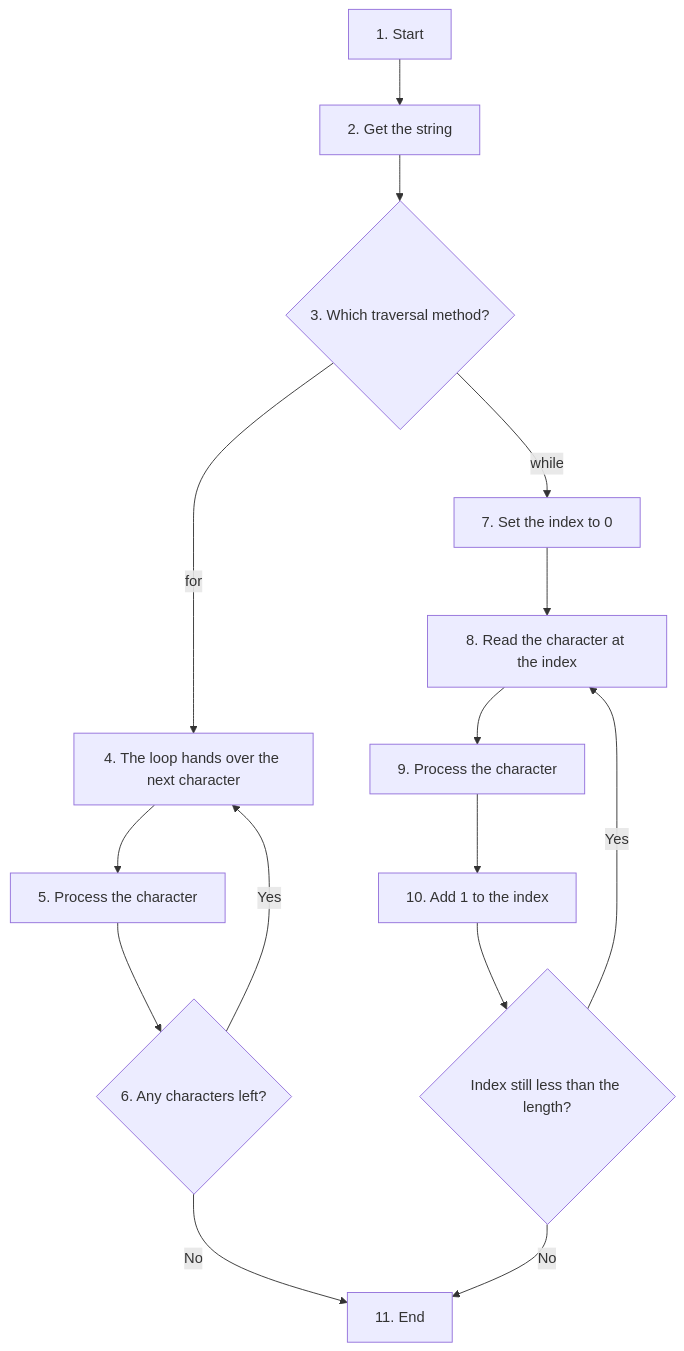
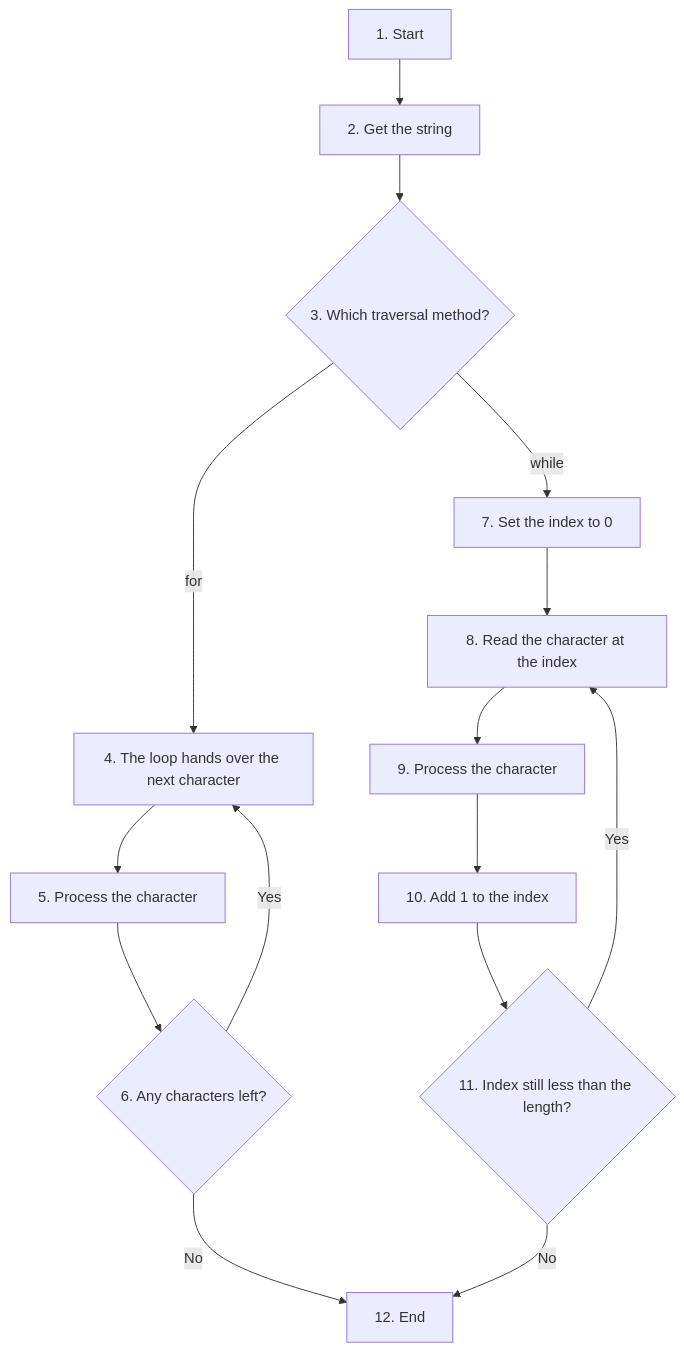
Before and after one commit to ag999git/001-mkdocs: the sixth of 18 diagrams in docs/17-strings/080-ch17-conceptual-qa.md, drawn with Mermaid. The commit also changed other lines of this file, not shown here.

Commit message:
Sync: Added index.md and updated chapters

````diff
--- a/docs/17-strings/080-ch17-conceptual-qa.md
+++ b/docs/17-strings/080-ch17-conceptual-qa.md
@@ -1541,17 +1551,17 @@
 ```mermaid
 flowchart TD
     A["1. Start"] --> B["2. Get the string"]
     B --> C{"3. Which traversal method?"}
     C -->|"for"| D["4. The loop hands over the next character"]
     D --> E["5. Process the character"]
     E --> F{"6. Any characters left?"}
     F -->|"Yes"| D
-    F -->|"No"| L["11. End"]
+    F -->|"No"| L["12. End"]
     C -->|"while"| G["7. Set the index to 0"]
     G --> H["8. Read the character at the index"]
     H --> I["9. Process the character"]
     I --> J["10. Add 1 to the index"]
-    J --> K{"Index still less than the length?"}
+    J --> K{"11. Index still less than the length?"}
     K -->|"Yes"| H
     K -->|"No"| L
 ```
````
